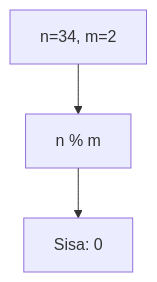
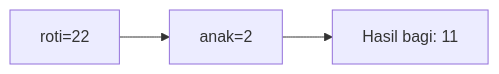
Before and after one commit to amnahwaida/OSNK_INF_PREP: the seventh of 25 diagrams in part-c-pemahaman-cpp/01-tipe-data/latihan/set-08.md, drawn with Mermaid. The commit also changed other lines of this file and 71 other files, not shown here.

````diff
--- a/part-c-pemahaman-cpp/01-tipe-data/latihan/set-08.md
+++ b/part-c-pemahaman-cpp/01-tipe-data/latihan/set-08.md
@@ -158,5 +192,5 @@
 ```mermaid
-graph TD
-A["n=34, m=2"] --> B["n % m"]
-B --> C["Sisa: 0"]
+graph LR
+A["roti=22"] --> B["anak=2"]
+B --> C["Hasil bagi: 11"]
 ```
````
